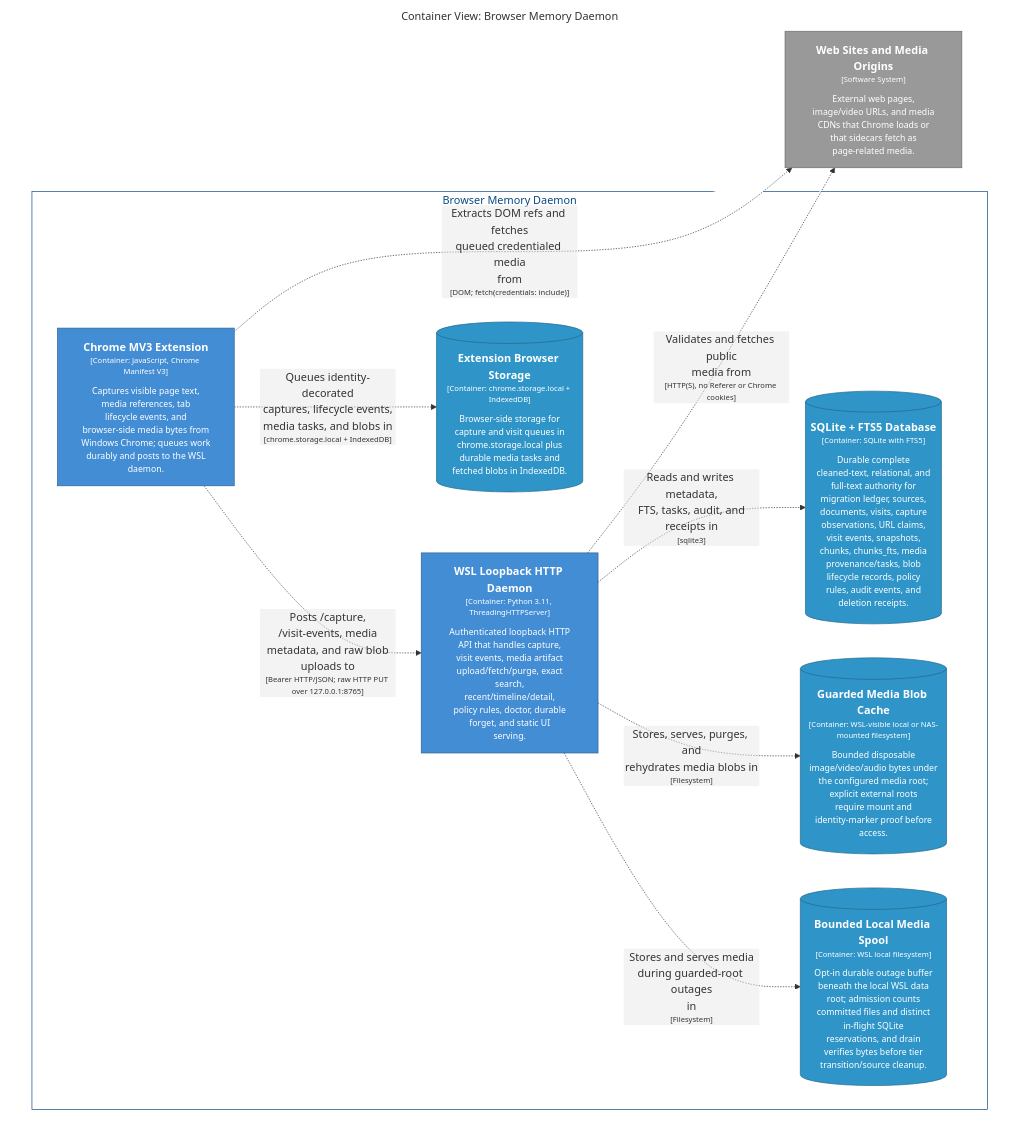
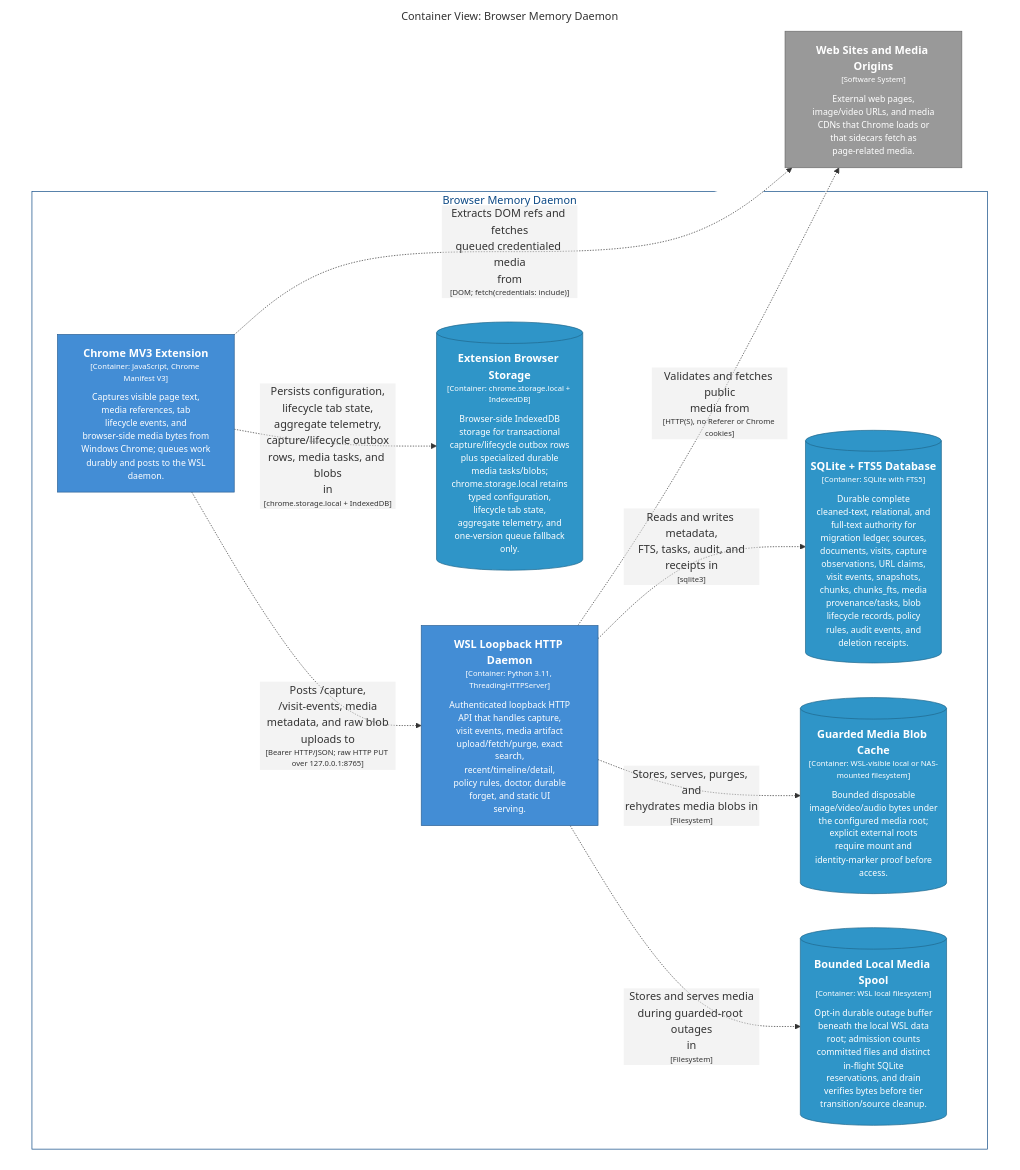
Before and after one commit to michaelnicks0/browser-memory-daemon: the diagram in docs/architecture/diagrams/markdown/BrowserMediaContainers.md, drawn with Mermaid. The commit also changed 194 other files, not shown here.

Commit message:
feat(extension): add transactional capture and lifecycle outbox

````diff
--- a/docs/architecture/diagrams/markdown/BrowserMediaContainers.md
+++ b/docs/architecture/diagrams/markdown/BrowserMediaContainers.md
@@ -16,37 +16,37 @@
 ```mermaid
 graph TB
   linkStyle default fill:#ffffff
 
   subgraph diagram ["Container View: Browser Memory Daemon"]
     style diagram fill:#ffffff,stroke:#ffffff
 
     3["<div style='font-weight: bold'>Web Sites and Media Origins</div><div style='font-size: 70%; margin-top: 0px'>[Software System]</div><div style='font-size: 80%; margin-top:10px'>External web pages,<br />image/video URLs, and media<br />CDNs that Chrome loads or<br />that sidecars fetch as<br />page-related media.</div>"]
     style 3 fill:#999999,stroke:#6b6b6b,color:#ffffff
 
     subgraph 4 ["Browser Memory Daemon"]
       style 4 fill:#ffffff,stroke:#0b4884,color:#0b4884
 
-      13[("<div style='font-weight: bold'>Extension Browser Storage</div><div style='font-size: 70%; margin-top: 0px'>[Container: chrome.storage.local + IndexedDB]</div><div style='font-size: 80%; margin-top:10px'>Browser-side storage for<br />capture and visit queues in<br />chrome.storage.local plus<br />durable media tasks and<br />fetched blobs in IndexedDB.</div>")]
-      style 13 fill:#2f95c8,stroke:#20688c,color:#ffffff
-      14["<div style='font-weight: bold'>WSL Loopback HTTP Daemon</div><div style='font-size: 70%; margin-top: 0px'>[Container: Python 3.11, ThreadingHTTPServer]</div><div style='font-size: 80%; margin-top:10px'>Authenticated loopback HTTP<br />API that handles capture,<br />visit events, media artifact<br />upload/fetch/purge, exact<br />search,<br />recent/timeline/detail,<br />policy rules, doctor, durable<br />forget, and static UI<br />serving.</div>"]
-      style 14 fill:#438dd5,stroke:#2e6295,color:#ffffff
-      39[("<div style='font-weight: bold'>SQLite + FTS5 Database</div><div style='font-size: 70%; margin-top: 0px'>[Container: SQLite with FTS5]</div><div style='font-size: 80%; margin-top:10px'>Durable complete<br />cleaned-text, relational, and<br />full-text authority for<br />migration ledger, sources,<br />documents, visits, capture<br />observations, URL claims,<br />visit events, snapshots,<br />chunks, chunks_fts, media<br />provenance/tasks, blob<br />lifecycle records, policy<br />rules, audit events, and<br />deletion receipts.</div>")]
-      style 39 fill:#2f95c8,stroke:#20688c,color:#ffffff
-      41[("<div style='font-weight: bold'>Guarded Media Blob Cache</div><div style='font-size: 70%; margin-top: 0px'>[Container: WSL-visible local or NAS-mounted filesystem]</div><div style='font-size: 80%; margin-top:10px'>Bounded disposable<br />image/video/audio bytes under<br />the configured media root;<br />explicit external roots<br />require mount and<br />identity-marker proof before<br />access.</div>")]
-      style 41 fill:#2f95c8,stroke:#20688c,color:#ffffff
-      42[("<div style='font-weight: bold'>Bounded Local Media Spool</div><div style='font-size: 70%; margin-top: 0px'>[Container: WSL local filesystem]</div><div style='font-size: 80%; margin-top:10px'>Opt-in durable outage buffer<br />beneath the local WSL data<br />root; admission counts<br />committed files and distinct<br />in-flight SQLite<br />reservations, and drain<br />verifies bytes before tier<br />transition/source cleanup.</div>")]
+      14[("<div style='font-weight: bold'>Extension Browser Storage</div><div style='font-size: 70%; margin-top: 0px'>[Container: chrome.storage.local + IndexedDB]</div><div style='font-size: 80%; margin-top:10px'>Browser-side IndexedDB<br />storage for transactional<br />capture/lifecycle outbox rows<br />plus specialized durable<br />media tasks/blobs;<br />chrome.storage.local retains<br />typed configuration,<br />lifecycle tab state,<br />aggregate telemetry, and<br />one-version queue fallback<br />only.</div>")]
+      style 14 fill:#2f95c8,stroke:#20688c,color:#ffffff
+      15["<div style='font-weight: bold'>WSL Loopback HTTP Daemon</div><div style='font-size: 70%; margin-top: 0px'>[Container: Python 3.11, ThreadingHTTPServer]</div><div style='font-size: 80%; margin-top:10px'>Authenticated loopback HTTP<br />API that handles capture,<br />visit events, media artifact<br />upload/fetch/purge, exact<br />search,<br />recent/timeline/detail,<br />policy rules, doctor, durable<br />forget, and static UI<br />serving.</div>"]
+      style 15 fill:#438dd5,stroke:#2e6295,color:#ffffff
+      40[("<div style='font-weight: bold'>SQLite + FTS5 Database</div><div style='font-size: 70%; margin-top: 0px'>[Container: SQLite with FTS5]</div><div style='font-size: 80%; margin-top:10px'>Durable complete<br />cleaned-text, relational, and<br />full-text authority for<br />migration ledger, sources,<br />documents, visits, capture<br />observations, URL claims,<br />visit events, snapshots,<br />chunks, chunks_fts, media<br />provenance/tasks, blob<br />lifecycle records, policy<br />rules, audit events, and<br />deletion receipts.</div>")]
+      style 40 fill:#2f95c8,stroke:#20688c,color:#ffffff
+      42[("<div style='font-weight: bold'>Guarded Media Blob Cache</div><div style='font-size: 70%; margin-top: 0px'>[Container: WSL-visible local or NAS-mounted filesystem]</div><div style='font-size: 80%; margin-top:10px'>Bounded disposable<br />image/video/audio bytes under<br />the configured media root;<br />explicit external roots<br />require mount and<br />identity-marker proof before<br />access.</div>")]
       style 42 fill:#2f95c8,stroke:#20688c,color:#ffffff
+      43[("<div style='font-weight: bold'>Bounded Local Media Spool</div><div style='font-size: 70%; margin-top: 0px'>[Container: WSL local filesystem]</div><div style='font-size: 80%; margin-top:10px'>Opt-in durable outage buffer<br />beneath the local WSL data<br />root; admission counts<br />committed files and distinct<br />in-flight SQLite<br />reservations, and drain<br />verifies bytes before tier<br />transition/source cleanup.</div>")]
+      style 43 fill:#2f95c8,stroke:#20688c,color:#ffffff
       5["<div style='font-weight: bold'>Chrome MV3 Extension</div><div style='font-size: 70%; margin-top: 0px'>[Container: JavaScript, Chrome Manifest V3]</div><div style='font-size: 80%; margin-top:10px'>Captures visible page text,<br />media references, tab<br />lifecycle events, and<br />browser-side media bytes from<br />Windows Chrome; queues work<br />durably and posts to the WSL<br />daemon.</div>"]
       style 5 fill:#438dd5,stroke:#2e6295,color:#ffffff
     end
 
-    14-. "<div>Validates and fetches public<br />media from</div><div style='font-size: 70%'>[HTTP(S), no Referer or Chrome cookies]</div>" .->3
+    15-. "<div>Validates and fetches public<br />media from</div><div style='font-size: 70%'>[HTTP(S), no Referer or Chrome cookies]</div>" .->3
     5-. "<div>Extracts DOM refs and fetches<br />queued credentialed media<br />from</div><div style='font-size: 70%'>[DOM; fetch(credentials: include)]</div>" .->3
-    5-. "<div>Queues identity-decorated<br />captures, lifecycle events,<br />media tasks, and blobs in</div><div style='font-size: 70%'>[chrome.storage.local + IndexedDB]</div>" .->13
-    5-. "<div>Posts /capture,<br />/visit-events, media<br />metadata, and raw blob<br />uploads to</div><div style='font-size: 70%'>[Bearer HTTP/JSON; raw HTTP PUT over 127.0.0.1:8765]</div>" .->14
-    14-. "<div>Reads and writes metadata,<br />FTS, tasks, audit, and<br />receipts in</div><div style='font-size: 70%'>[sqlite3]</div>" .->39
-    14-. "<div>Stores, serves, purges, and<br />rehydrates media blobs in</div><div style='font-size: 70%'>[Filesystem]</div>" .->41
-    14-. "<div>Stores and serves media<br />during guarded-root outages<br />in</div><div style='font-size: 70%'>[Filesystem]</div>" .->42
+    5-. "<div>Persists configuration,<br />lifecycle tab state,<br />aggregate telemetry,<br />capture/lifecycle outbox<br />rows, media tasks, and blobs<br />in</div><div style='font-size: 70%'>[chrome.storage.local + IndexedDB]</div>" .->14
+    5-. "<div>Posts /capture,<br />/visit-events, media<br />metadata, and raw blob<br />uploads to</div><div style='font-size: 70%'>[Bearer HTTP/JSON; raw HTTP PUT over 127.0.0.1:8765]</div>" .->15
+    15-. "<div>Reads and writes metadata,<br />FTS, tasks, audit, and<br />receipts in</div><div style='font-size: 70%'>[sqlite3]</div>" .->40
+    15-. "<div>Stores, serves, purges, and<br />rehydrates media blobs in</div><div style='font-size: 70%'>[Filesystem]</div>" .->42
+    15-. "<div>Stores and serves media<br />during guarded-root outages<br />in</div><div style='font-size: 70%'>[Filesystem]</div>" .->43
 
   end
 ```
````
